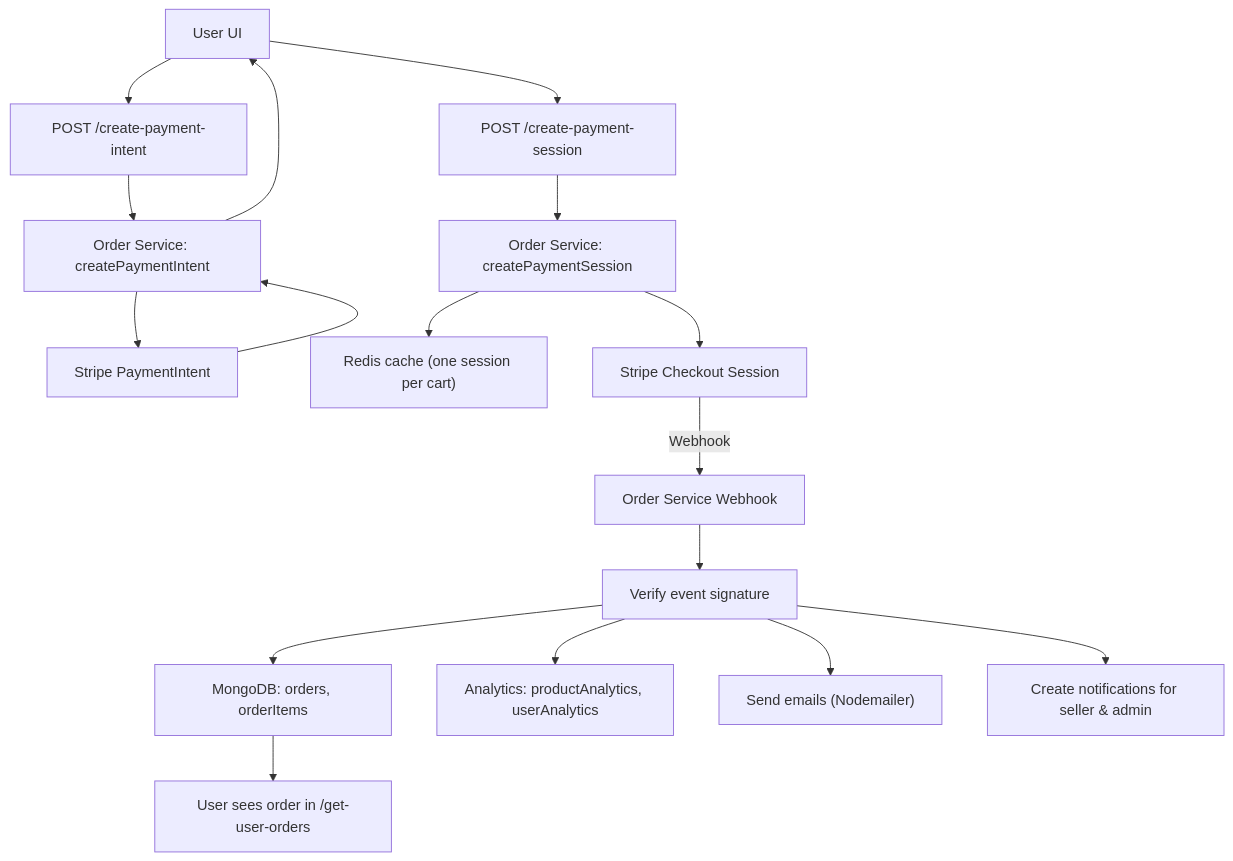
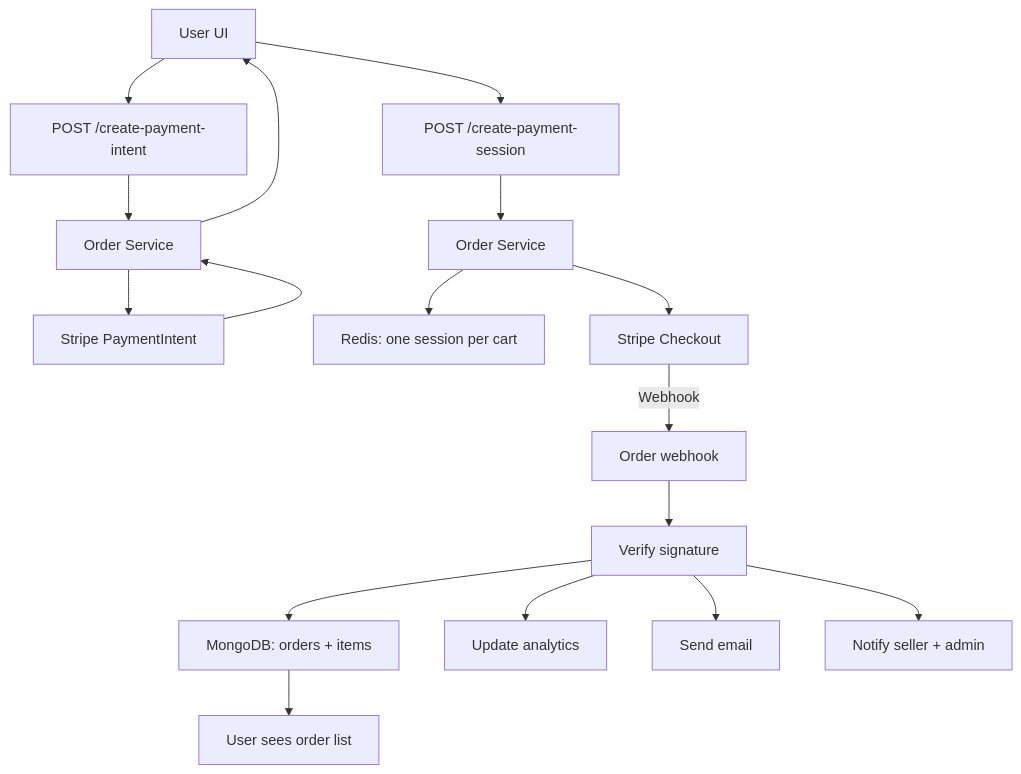
Before and after one commit to Ahmedabdelaziz77/ZShop: the fourth of 6 diagrams in README.md, drawn with Mermaid. The commit also changed other lines of this file, not shown here.

````diff
--- a/README.md
+++ b/README.md
@@ -850,23 +679,22 @@
 ```mermaid
-  flowchart TD
-    U["User UI"] --> PI["POST /create-payment-intent"]
-    PI --> OS["Order Service: createPaymentIntent"]
-    OS --> STRIPE["Stripe PaymentIntent"]
-    STRIPE --> OS
-    OS --> U
-  
-    U --> PS["POST /create-payment-session"]
-    PS --> OS2["Order Service: createPaymentSession"]
-    OS2 --> REDISC["Redis cache (one session per cart)"]
-    OS2 --> STRIPE2["Stripe Checkout Session"]
-  
-    STRIPE2 -->|Webhook| WH["Order Service Webhook"]
-    WH --> V["Verify event signature"]
-    V --> ORD["MongoDB: orders, orderItems"]
-    V --> ANA["Analytics: productAnalytics, userAnalytics"]
-    V --> MAIL["Send emails (Nodemailer)"]
-    V --> NOTIF["Create notifications for seller & admin"]
-  
-    ORD --> U2["User sees order in /get-user-orders"]
+flowchart TD
+  U["User UI"] --> PI["POST /create-payment-intent"]
+  PI --> OS["Order Service"]
+  OS --> STRIPE["Stripe PaymentIntent"]
+  STRIPE --> OS
+  OS --> U
 
+  U --> PS["POST /create-payment-session"]
+  PS --> OS2["Order Service"]
+  OS2 --> REDISC["Redis: one session per cart"]
+  OS2 --> STRIPE2["Stripe Checkout"]
+
+  STRIPE2 -->|Webhook| WH["Order webhook"]
+  WH --> V["Verify signature"]
+  V --> ORD["MongoDB: orders + items"]
+  V --> ANA["Update analytics"]
+  V --> MAIL["Send email"]
+  V --> NOTIF["Notify seller + admin"]
+
+  ORD --> U2["User sees order list"]
 ```
````
